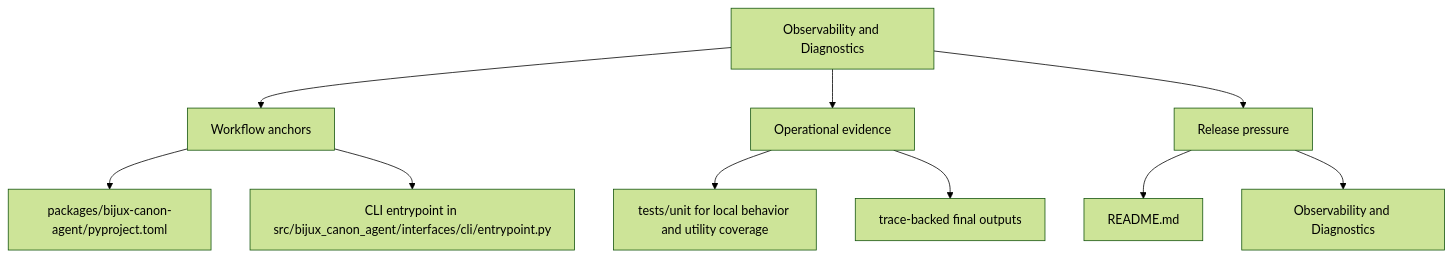
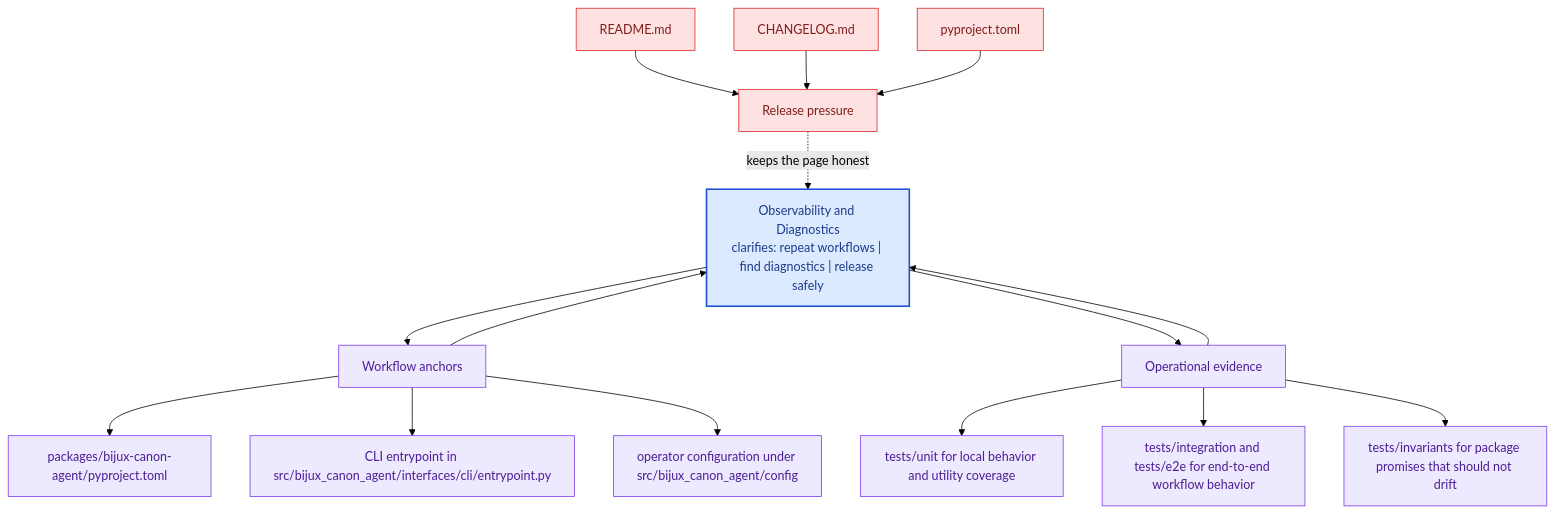
The second of 2 diagrams in docs/bijux-canon-agent/operations/observability-and-diagnostics.md (bijux/bijux-canon), drawn with Mermaid (forest theme) before and after one commit. The commit also changed other lines of this file and 281 other files, not shown here.

Commit message:
docs(diagrams): deepen handbook mermaid maps across the catalog

````diff
--- a/docs/bijux-canon-agent/operations/observability-and-diagnostics.md
+++ b/docs/bijux-canon-agent/operations/observability-and-diagnostics.md
@@ -33,22 +66,41 @@
 ```mermaid
-flowchart TD
-    page["Observability and Diagnostics"]
+flowchart TB
+    promise["Observability and Diagnostics<br/>clarifies: repeat workflows | find diagnostics | release safely"]
+    classDef promise fill:#dbeafe,stroke:#1d4ed8,color:#1e3a8a,stroke-width:2px;
+    classDef driver fill:#dcfce7,stroke:#16a34a,color:#14532d;
+    classDef constraint fill:#fee2e2,stroke:#dc2626,color:#7f1d1d;
+    classDef ground fill:#ede9fe,stroke:#7c3aed,color:#4c1d95;
     focus1["Workflow anchors"]
-    page --> focus1
+    focus1 --> promise
+    promise --> focus1
     focus1_1["packages/bijux-canon-agent/pyproject.toml"]
     focus1 --> focus1_1
     focus1_2["CLI entrypoint in src/bijux_canon_agent/interfaces/cli/entrypoint.py"]
     focus1 --> focus1_2
+    focus1_3["operator configuration under src/bijux_canon_agent/config"]
+    focus1 --> focus1_3
+    class focus1 ground;
+    class focus1_1,focus1_2,focus1_3 ground;
     focus2["Operational evidence"]
-    page --> focus2
+    focus2 --> promise
+    promise --> focus2
     focus2_1["tests/unit for local behavior and utility coverage"]
     focus2 --> focus2_1
-    focus2_2["trace-backed final outputs"]
+    focus2_2["tests/integration and tests/e2e for end-to-end workflow behavior"]
     focus2 --> focus2_2
+    focus2_3["tests/invariants for package promises that should not drift"]
+    focus2 --> focus2_3
+    class focus2 ground;
+    class focus2_1,focus2_2,focus2_3 ground;
     focus3["Release pressure"]
-    page --> focus3
+    focus3 -.keeps the page honest.-> promise
     focus3_1["README.md"]
-    focus3 --> focus3_1
-    focus3_2["Observability and Diagnostics"]
-    focus3 --> focus3_2
+    focus3_1 --> focus3
+    focus3_2["CHANGELOG.md"]
+    focus3_2 --> focus3
+    focus3_3["pyproject.toml"]
+    focus3_3 --> focus3
+    class focus3 constraint;
+    class focus3_1,focus3_2,focus3_3 constraint;
+    class promise promise;
 ```
````
